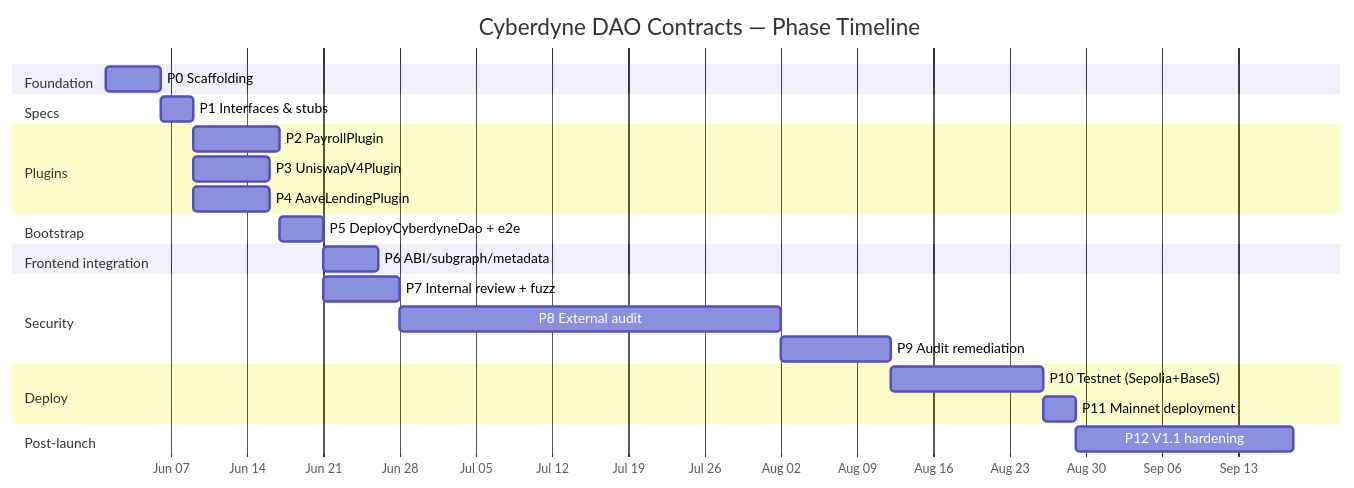
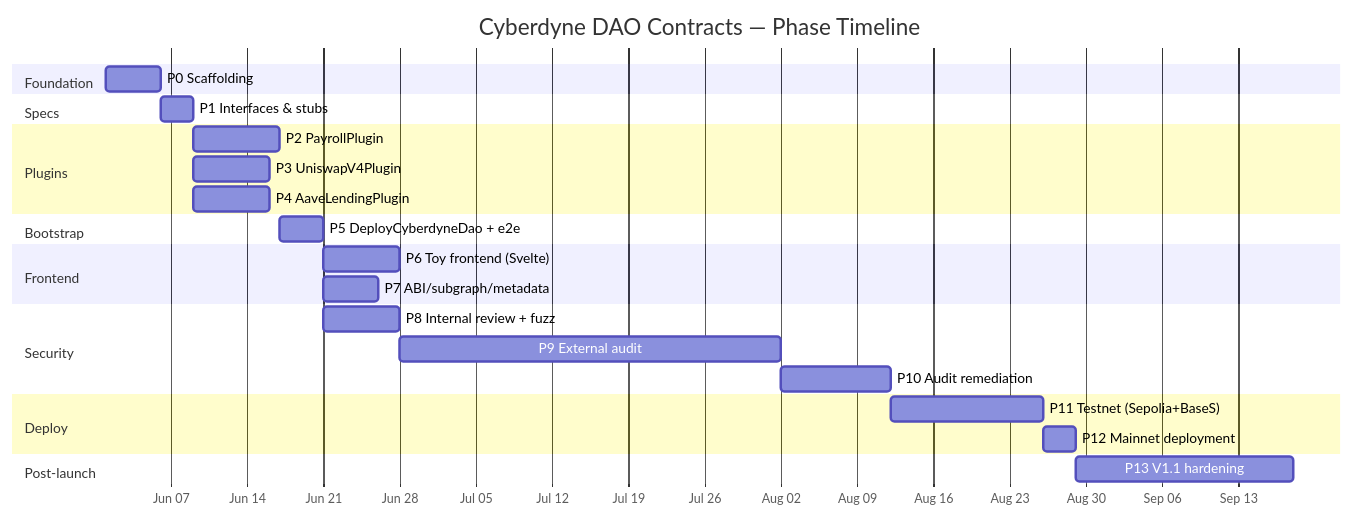
One commit to CyberdyneCorp/cyberdyne_dao_contracts changed the first of 2 diagrams in docs/ROADMAP.md. Above: the diagram before and after it, drawn with Mermaid. The commit also changed other lines of this file and 3 other files, not shown here.

````diff
--- a/docs/ROADMAP.md
+++ b/docs/ROADMAP.md
@@ -27,34 +27,35 @@
 ```mermaid
 gantt
     title Cyberdyne DAO Contracts — Phase Timeline
     dateFormat YYYY-MM-DD
     axisFormat %b %d
 
     section Foundation
-    P0 Scaffolding             :p0, 2026-06-01, 5d
+    P0 Scaffolding              :p0, 2026-06-01, 5d
     section Specs
-    P1 Interfaces & stubs      :p1, after p0, 3d
+    P1 Interfaces & stubs       :p1, after p0, 3d
 
     section Plugins
-    P2 PayrollPlugin           :p2, after p1, 8d
-    P3 UniswapV4Plugin         :p3, after p1, 7d
-    P4 AaveLendingPlugin       :p4, after p1, 7d
+    P2 PayrollPlugin            :p2, after p1, 8d
+    P3 UniswapV4Plugin          :p3, after p1, 7d
+    P4 AaveLendingPlugin        :p4, after p1, 7d
 
     section Bootstrap
     P5 DeployCyberdyneDao + e2e :p5, after p2 p3 p4, 4d
 
-    section Frontend integration
-    P6 ABI/subgraph/metadata    :p6, after p5, 5d
+    section Frontend
+    P6 Toy frontend (Svelte)    :p6, after p5, 7d
+    P7 ABI/subgraph/metadata    :p7, after p5, 5d
 
     section Security
-    P7 Internal review + fuzz   :p7, after p5, 7d
-    P8 External audit           :p8, after p7, 35d
-    P9 Audit remediation        :p9, after p8, 10d
+    P8 Internal review + fuzz   :p8, after p5, 7d
+    P9 External audit           :p9, after p8, 35d
+    P10 Audit remediation       :p10, after p9, 10d
 
     section Deploy
-    P10 Testnet (Sepolia+BaseS) :p10, after p9, 14d
-    P11 Mainnet deployment      :p11, after p10, 3d
+    P11 Testnet (Sepolia+BaseS) :p11, after p10 p6, 14d
+    P12 Mainnet deployment      :p12, after p11, 3d
 
     section Post-launch
-    P12 V1.1 hardening          :p12, after p11, 20d
+    P13 V1.1 hardening          :p13, after p12, 20d
 ```
````
